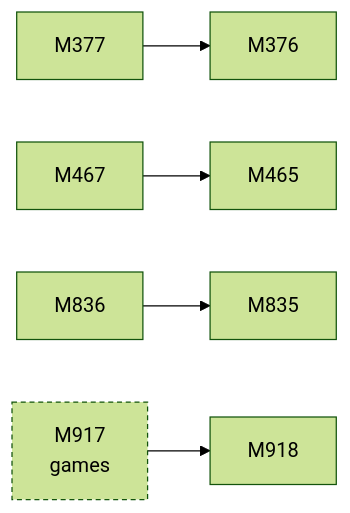
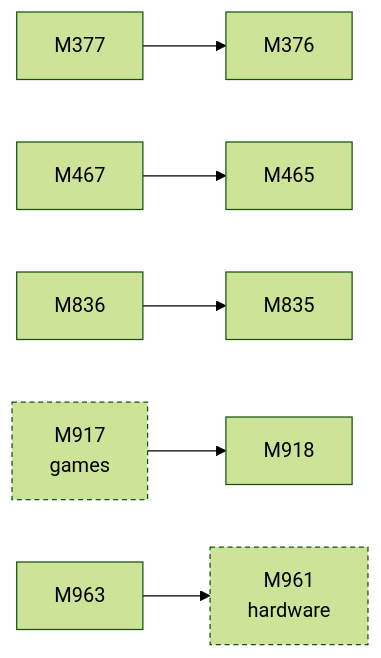
The fourth of 4 diagrams in docs/facts/graphs/kmd.md (D-Ogi/amdgpu-wddm), drawn with Mermaid (forest theme) before and after one commit. The commit also changed 22 other files, not shown here.

````diff
--- a/docs/facts/graphs/kmd.md
+++ b/docs/facts/graphs/kmd.md
@@ -346,17 +346,20 @@
 ```mermaid
 flowchart LR
   M376["M376"]
   M377["M377"]
   M465["M465"]
   M467["M467"]
   M835["M835"]
   M836["M836"]
   M917["M917<br/>games"]
   M918["M918"]
+  M961["M961<br/>hardware"]
+  M963["M963"]
   M377 --> M376
   M467 --> M465
   M836 --> M835
+  M963 --> M961
   M917 --> M918
   classDef other stroke-dasharray:4 3
-  class M917 other
+  class M917,M961 other
 ```
````
